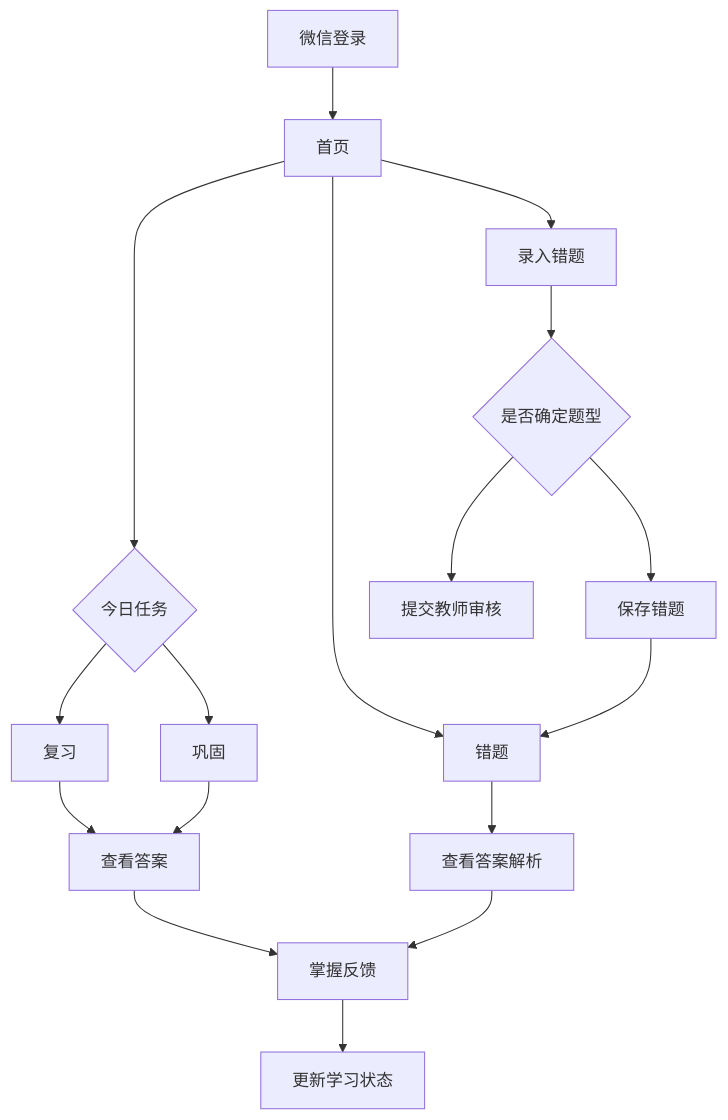
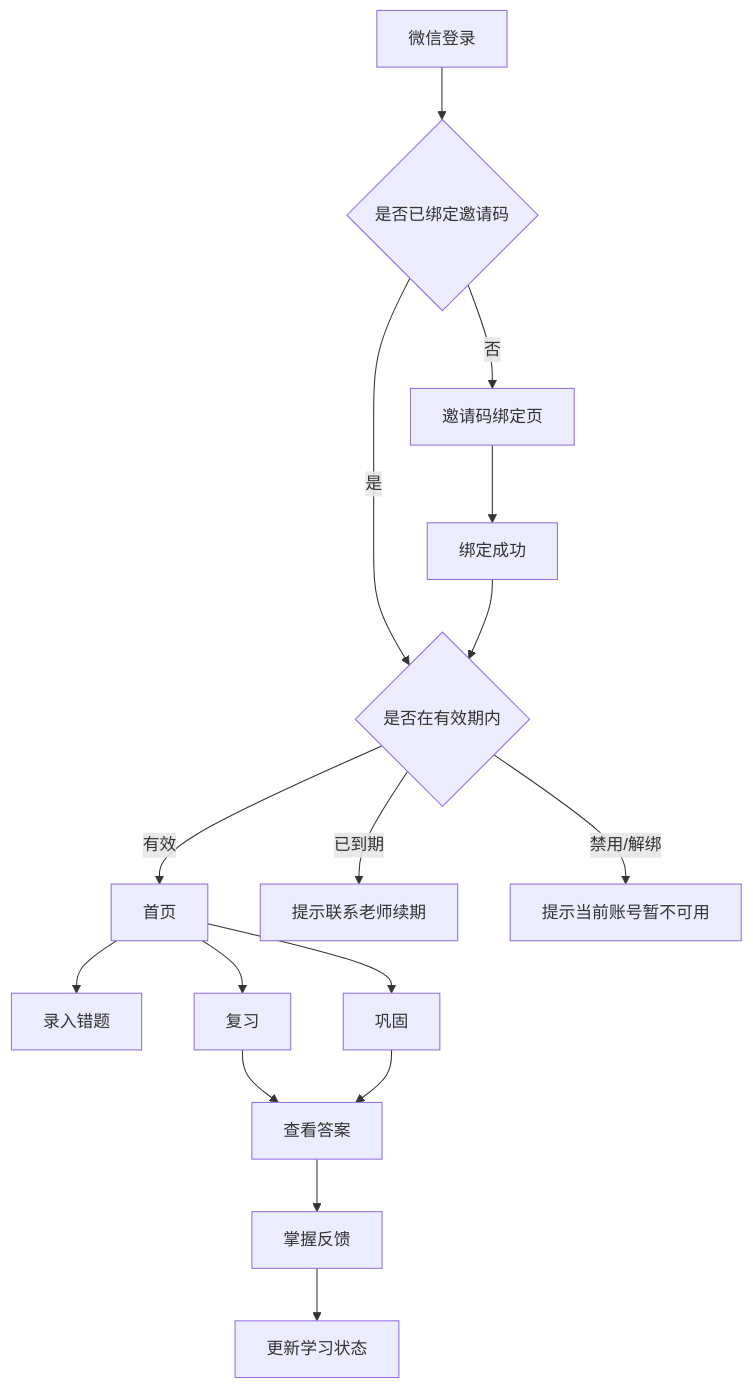
Before and after one commit to liujiznhu-corder/math-review-system: the fourth of 4 diagrams in docs/MINI_PROGRAM_DESIGN.md, drawn with Mermaid. The commit also changed other lines of this file and 3 other files, not shown here.

````diff
--- a/docs/MINI_PROGRAM_DESIGN.md
+++ b/docs/MINI_PROGRAM_DESIGN.md
@@ -498,19 +805,18 @@
 ```mermaid
 flowchart TD
-  A["微信登录"] --> B["首页"]
-  B --> C{"今日任务"}
-  C --> D["复习"]
-  C --> E["巩固"]
-  D --> F["查看答案"]
-  E --> F
-  F --> G["掌握反馈"]
-  G --> H["更新学习状态"]
-  B --> I["错题"]
-  I --> J["查看答案解析"]
-  J --> G
-  B --> K["录入错题"]
-  K --> L{"是否确定题型"}
-  L --> M["保存错题"]
-  L --> N["提交教师审核"]
-  M --> I
+  A["微信登录"] --> B{"是否已绑定邀请码"}
+  B -- "否" --> C["邀请码绑定页"]
+  C --> D["绑定成功"]
+  B -- "是" --> E{"是否在有效期内"}
+  D --> E
+  E -- "有效" --> F["首页"]
+  E -- "已到期" --> G["提示联系老师续期"]
+  E -- "禁用/解绑" --> H["提示当前账号暂不可用"]
+  F --> I["录入错题"]
+  F --> J["复习"]
+  F --> K["巩固"]
+  J --> L["查看答案"]
+  K --> L
+  L --> M["掌握反馈"]
+  M --> N["更新学习状态"]
 ```
````
